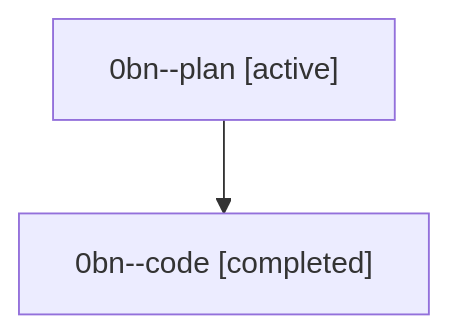
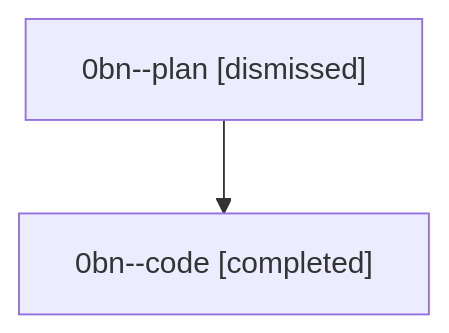
Before and after one commit to sase-org/sase--agents: the diagram in sessions/bbugyi200.athena.0bn.md, drawn with Mermaid. The commit also changed other lines of this file and 29 other files, not shown here.

````diff
--- a/sessions/bbugyi200.athena.0bn.md
+++ b/sessions/bbugyi200.athena.0bn.md
@@ -9,6 +9,6 @@
 ```mermaid
 flowchart TD
-  n0["0bn--plan [active]"]
+  n0["0bn--plan [dismissed]"]
   n1["0bn--code [completed]"]
   n0 --> n1
 ```
````
